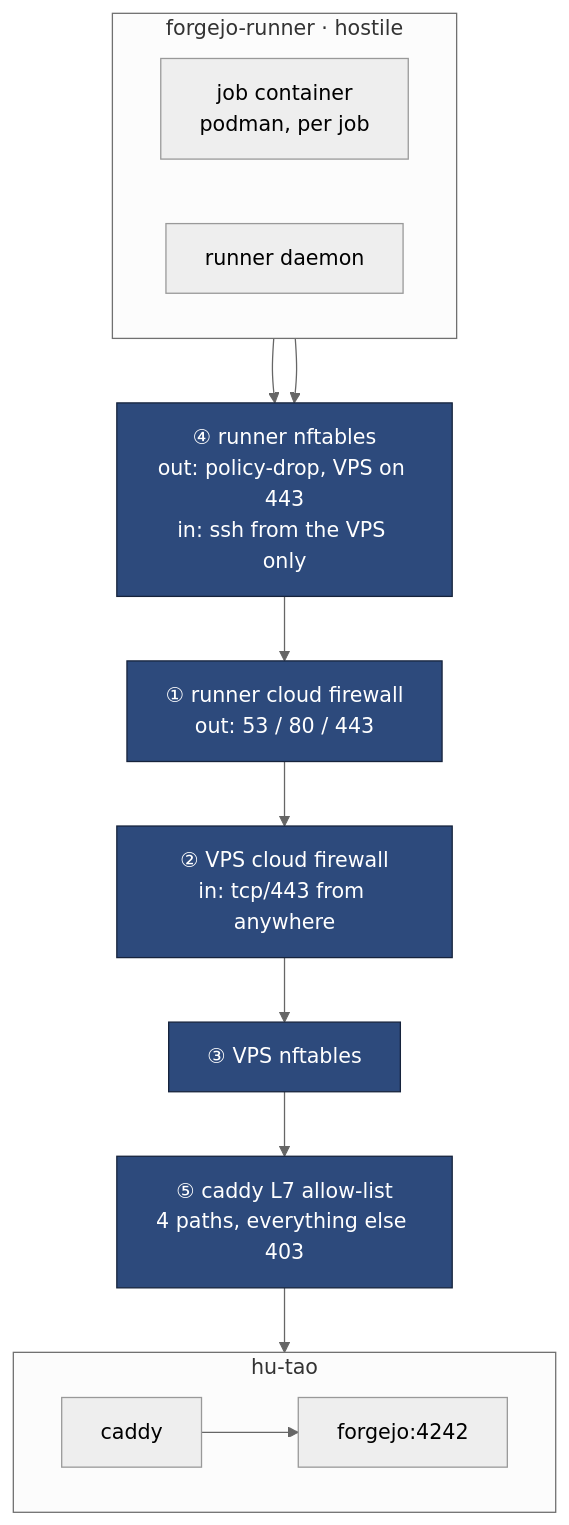
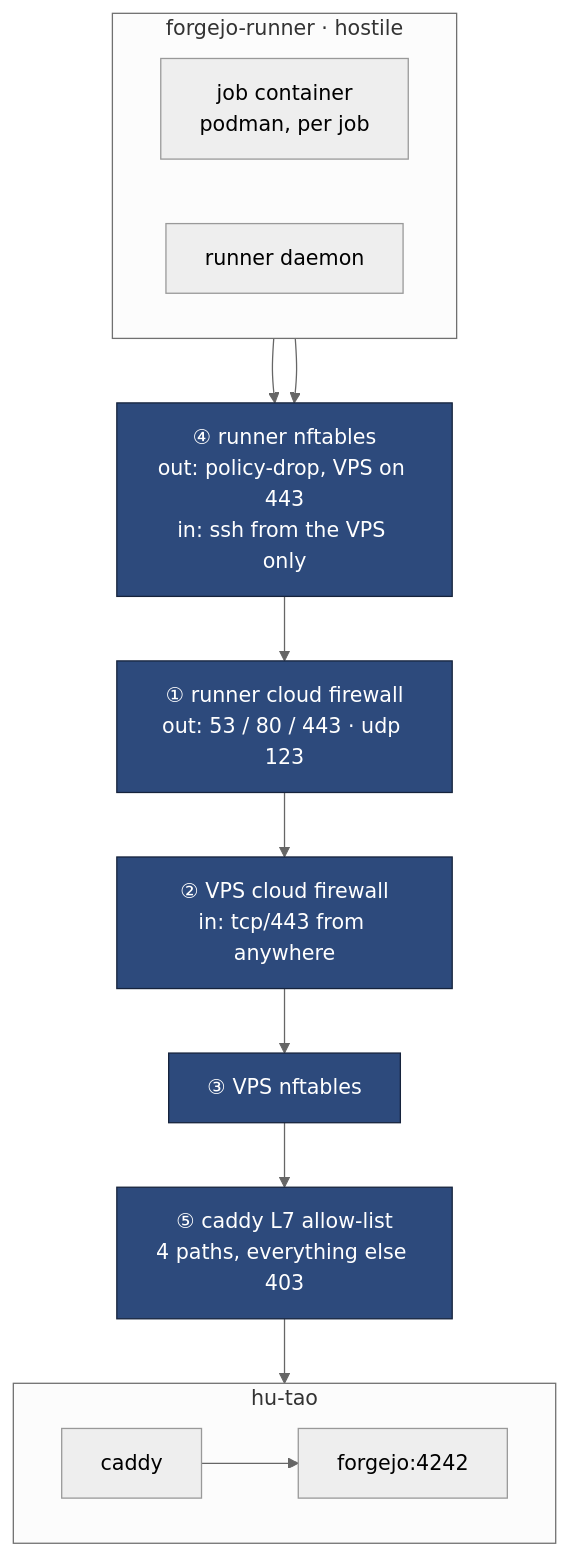
One commit to 1Git2Clone/vps changed the first of 2 diagrams in docs/src/architecture/runner.md. Above: the diagram before and after it, drawn with Mermaid (neutral theme). The commit also changed other lines of this file and 21 other files, not shown here.

````diff
--- a/docs/src/architecture/runner.md
+++ b/docs/src/architecture/runner.md
@@ -20,24 +20,24 @@
 ```mermaid
 flowchart TB
     subgraph R["forgejo-runner · hostile"]
         direction LR
         job["job container<br/>podman, per job"]
         rd["runner daemon"]
     end
 
     job --> L4
     rd --> L4["④ runner nftables<br/>out: policy-drop, VPS on 443<br/>in: ssh from the VPS only"]
-    L4 --> L1["① runner cloud firewall<br/>out: 53 / 80 / 443"]
+    L4 --> L1["① runner cloud firewall<br/>out: 53 / 80 / 443 · udp 123"]
     L1 --> L2["② VPS cloud firewall<br/>in: tcp/443 from anywhere"]
     L2 --> L3["③ VPS nftables"]
     L3 --> L5["⑤ caddy L7 allow-list<br/>4 paths, everything else 403"]
     L5 --> cad
 
     subgraph V["hu-tao"]
         direction LR
         cad["caddy"] --> fj["forgejo:4242"]
     end
 
     classDef ctl fill:#2d4a7c,stroke:#16233c,color:#fff
     class L1,L2,L3,L4,L5 ctl
 ```
````
